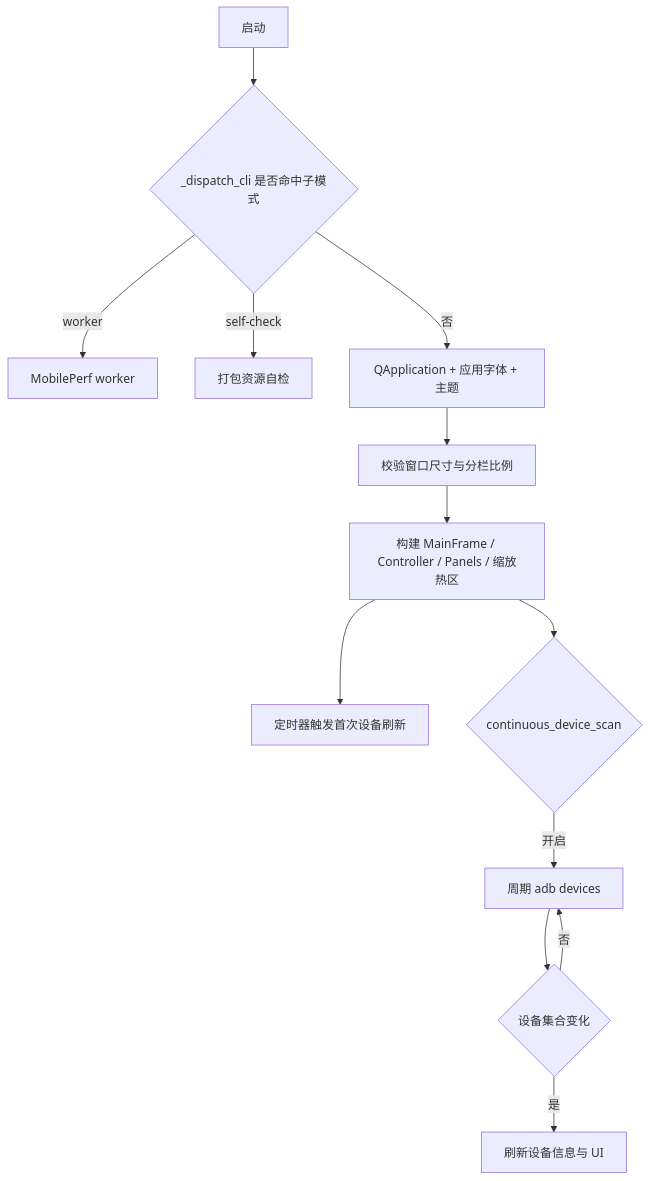
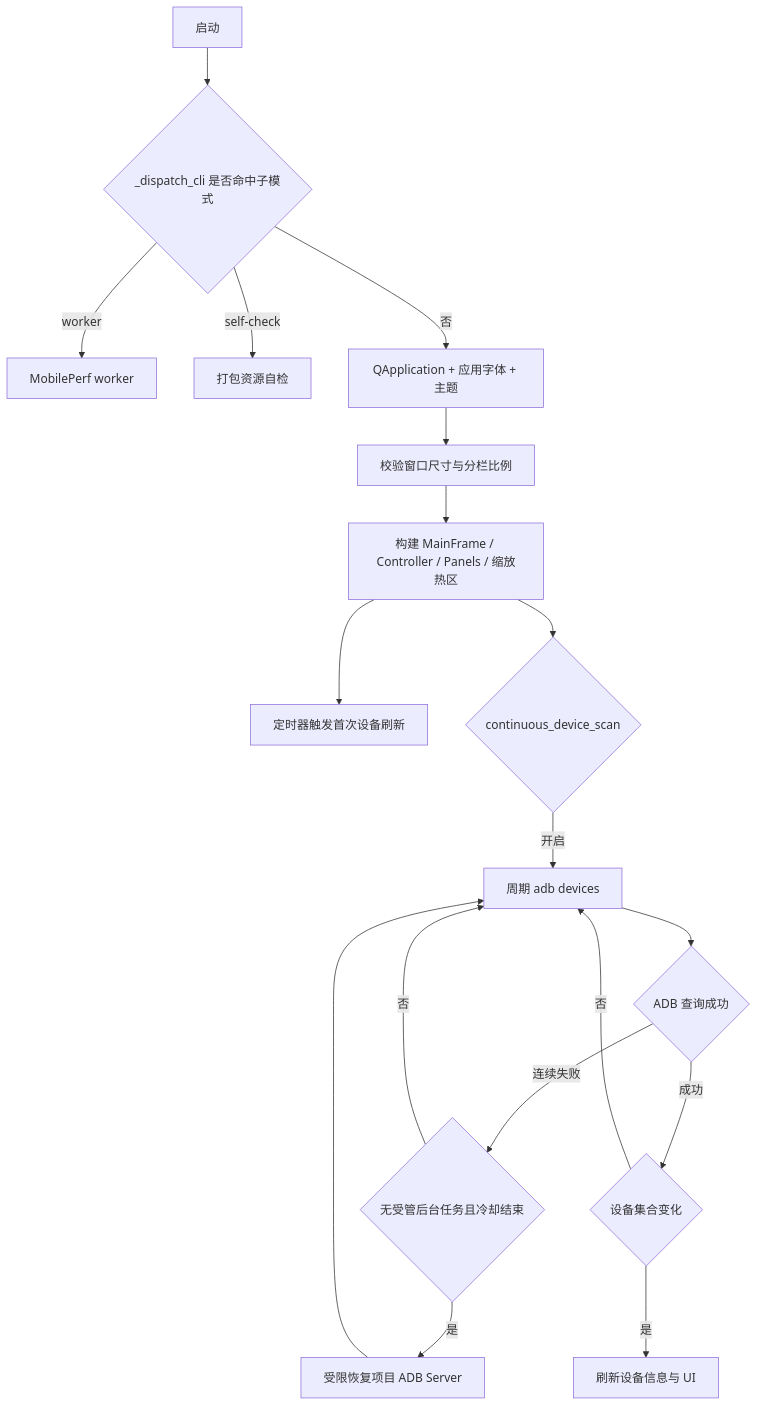
The first of 6 diagrams in docs/project-knowledge/BUSINESS_FLOW.md (BlackHu-art/ADBLab), drawn with Mermaid before and after one commit. The commit also changed other lines of this file and 60 other files, not shown here.

````diff
--- a/docs/project-knowledge/BUSINESS_FLOW.md
+++ b/docs/project-knowledge/BUSINESS_FLOW.md
@@ -21,15 +21,20 @@
 ```mermaid
 flowchart TD
     Start["启动"] --> CLI{"_dispatch_cli 是否命中子模式"}
     CLI -->|"worker"| MP["MobilePerf worker"]
     CLI -->|"self-check"| Check["打包资源自检"]
     CLI -->|"否"| Qt["QApplication + 应用字体 + 主题"]
     Qt --> Layout["校验窗口尺寸与分栏比例"]
     Layout --> Frame["构建 MainFrame / Controller / Panels / 缩放热区"]
     Frame --> Initial["定时器触发首次设备刷新"]
     Frame --> Scan{"continuous_device_scan"}
     Scan -->|"开启"| Poll["周期 adb devices"]
-    Poll --> Changed{"设备集合变化"}
+    Poll --> Healthy{"ADB 查询成功"}
+    Healthy -->|"连续失败"| Recover{"无受管后台任务且冷却结束"}
+    Recover -->|"是"| Restart["受限恢复项目 ADB Server"]
+    Restart --> Poll
+    Recover -->|"否"| Poll
+    Healthy -->|"成功"| Changed{"设备集合变化"}
     Changed -->|"是"| Refresh["刷新设备信息与 UI"]
     Changed -->|"否"| Poll
 ```
````
